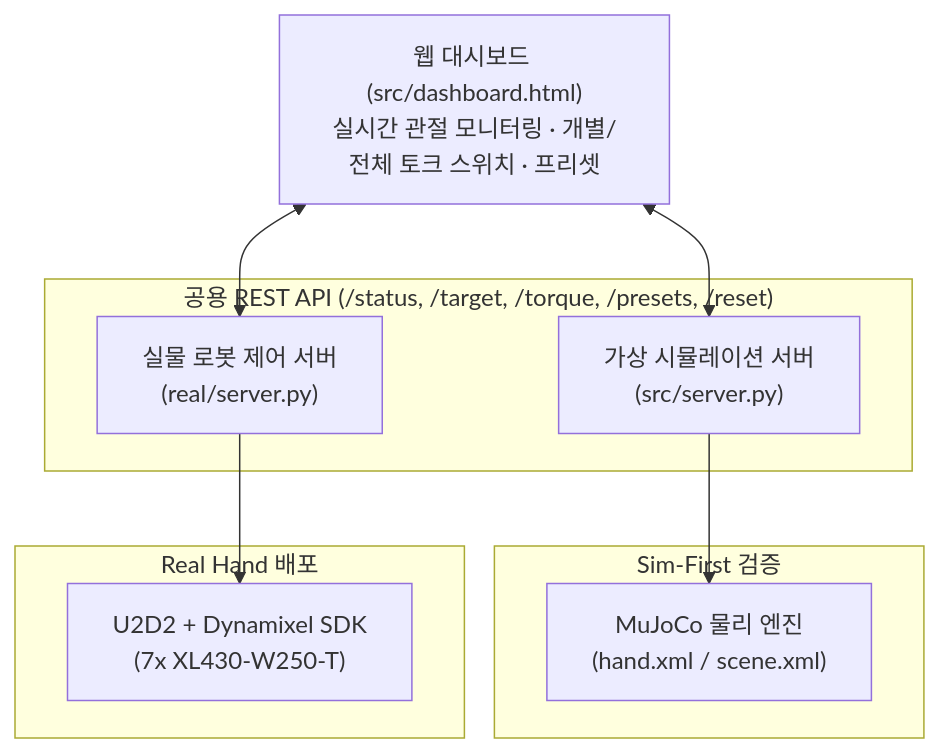
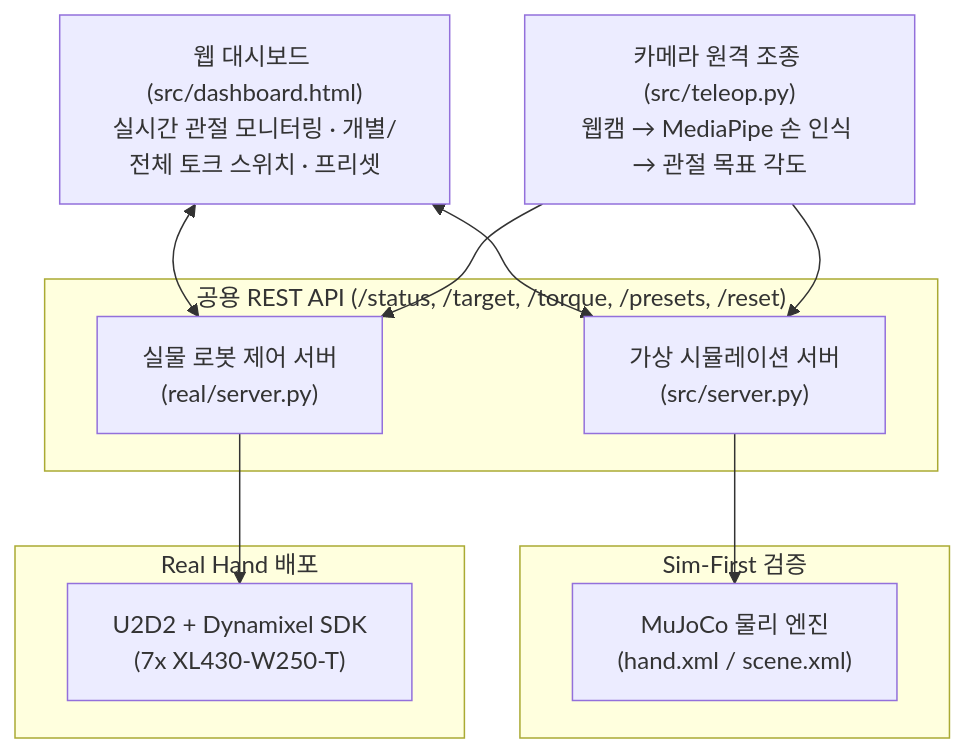
Before and after one commit to ajin-robot-hand/tri_hand: the diagram in README.md, drawn with Mermaid. The commit also changed other lines of this file, not shown here.

````diff
--- a/README.md
+++ b/README.md
@@ -19,20 +19,24 @@
 ```mermaid
 graph TD
     UI["웹 대시보드 (src/dashboard.html)<br/>실시간 관절 모니터링 · 개별/전체 토크 스위치 · 프리셋"]
 
     subgraph Shared_API ["공용 REST API (/status, /target, /torque, /presets, /reset)"]
         ServerSim["가상 시뮬레이션 서버<br/>(src/server.py)"]
         ServerReal["실물 로봇 제어 서버<br/>(real/server.py)"]
     end
 
+    Cam["카메라 원격 조종 (src/teleop.py)<br/>웹캠 → MediaPipe 손 인식 → 관절 목표 각도"]
+
     UI <--> ServerSim
     UI <--> ServerReal
+    Cam --> ServerSim
+    Cam --> ServerReal
 
     subgraph Simulation_Side ["Sim-First 검증"]
         ServerSim --> MuJoCo["MuJoCo 물리 엔진<br/>(hand.xml / scene.xml)"]
     end
 
     subgraph Hardware_Side ["Real Hand 배포"]
         ServerReal --> DXL["U2D2 + Dynamixel SDK<br/>(7x XL430-W250-T)"]
     end
 ```
````
